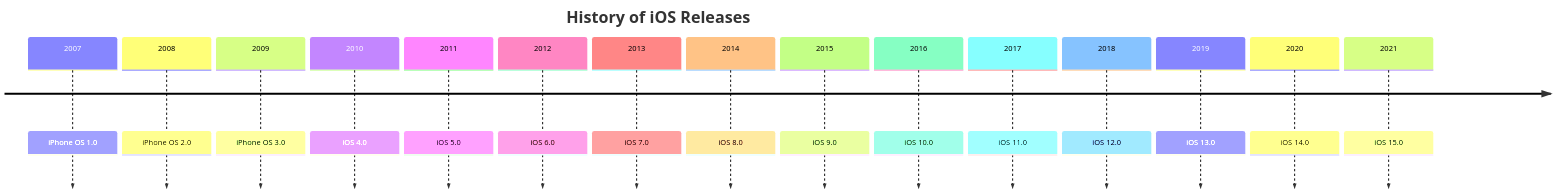
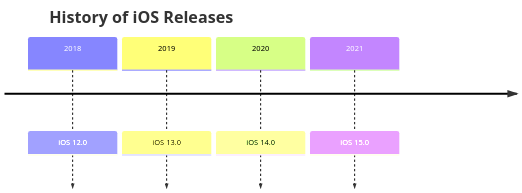
The diagram in version-history.md (mobiledge/mobiledge.github.io), drawn with Mermaid before and after one commit.

````diff
--- a/version-history.md
+++ b/version-history.md
@@ -3,19 +3,8 @@
 ```mermaid
 timeline
     title History of iOS Releases
-    2007 : iPhone OS 1.0
-    2008 : iPhone OS 2.0
-    2009 : iPhone OS 3.0
-    2010 : iOS 4.0
-    2011 : iOS 5.0
-    2012 : iOS 6.0
-    2013 : iOS 7.0
-    2014 : iOS 8.0
-    2015 : iOS 9.0
-    2016 : iOS 10.0
-    2017 : iOS 11.0
     2018 : iOS 12.0
     2019 : iOS 13.0
     2020 : iOS 14.0
     2021 : iOS 15.0
 ```
````
